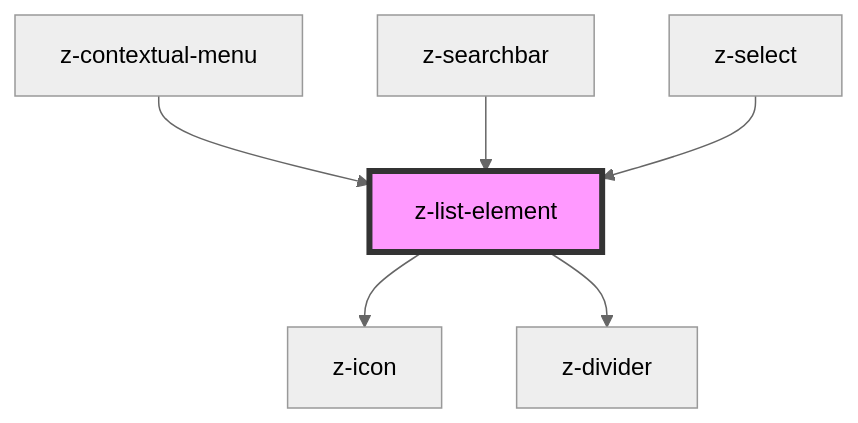
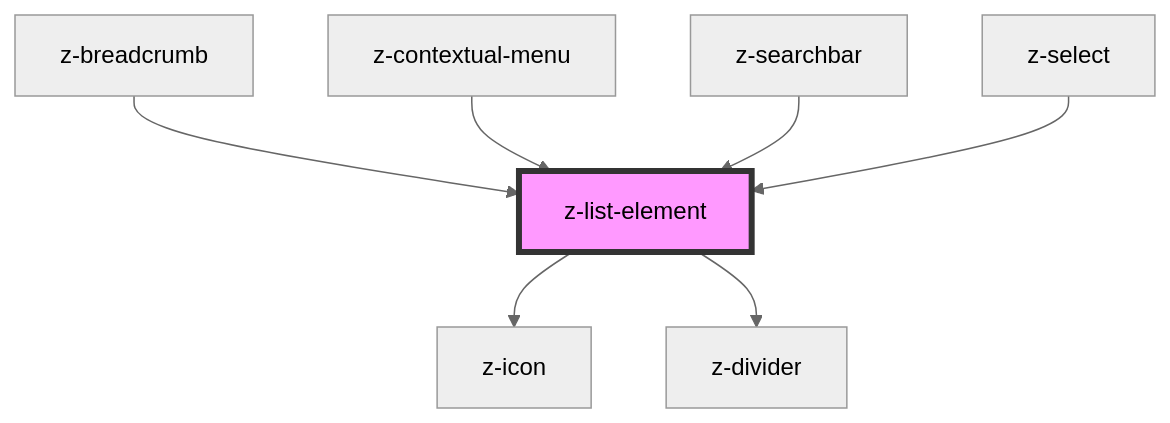
Before and after one commit to ZanichelliEditore/design-system: the diagram in src/components/list/z-list-element/readme.md, drawn with Mermaid (neutral theme). The commit also changed other lines of this file and 9 other files, not shown here.

````diff
--- a/src/components/list/z-list-element/readme.md
+++ b/src/components/list/z-list-element/readme.md
@@ -55,9 +56,10 @@
 ```mermaid
 graph TD;
   z-list-element --> z-icon
   z-list-element --> z-divider
+  z-breadcrumb --> z-list-element
   z-contextual-menu --> z-list-element
   z-searchbar --> z-list-element
   z-select --> z-list-element
   style z-list-element fill:#f9f,stroke:#333,stroke-width:4px
 ```
````
